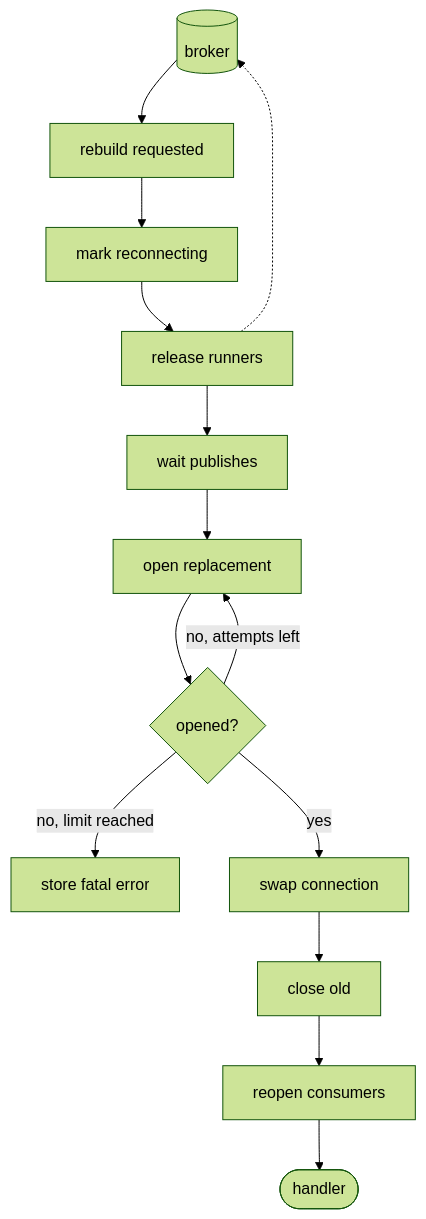
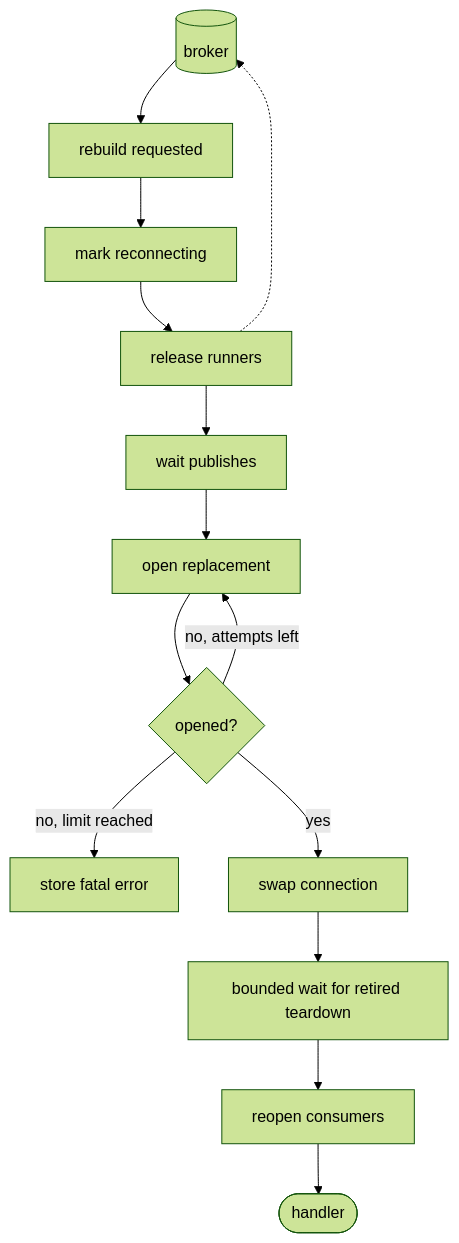
Before and after one commit to bktrung/edm_sdk: the first of 2 diagrams in docs/deep-dives/reconnect-and-generations.md, drawn with Mermaid (forest theme). The commit also changed other lines of this file and 88 other files, not shown here.

````diff
--- a/docs/deep-dives/reconnect-and-generations.md
+++ b/docs/deep-dives/reconnect-and-generations.md
@@ -26,16 +26,16 @@
 ```mermaid
 flowchart TB
     B[(broker)] --> E[rebuild requested]
     E --> R[mark reconnecting]
     R --> A[release runners]
     A -.-> B
     A --> Q[wait publishes]
     Q --> O[open replacement]
     O --> C{opened?}
     C -->|no, attempts left| O
     C -->|no, limit reached| X[store fatal error]
     C -->|yes| S[swap connection]
-    S --> T[close old]
+    S --> T[bounded wait for retired teardown]
     T --> N[reopen consumers]
     N --> H([handler])
 ```
````
